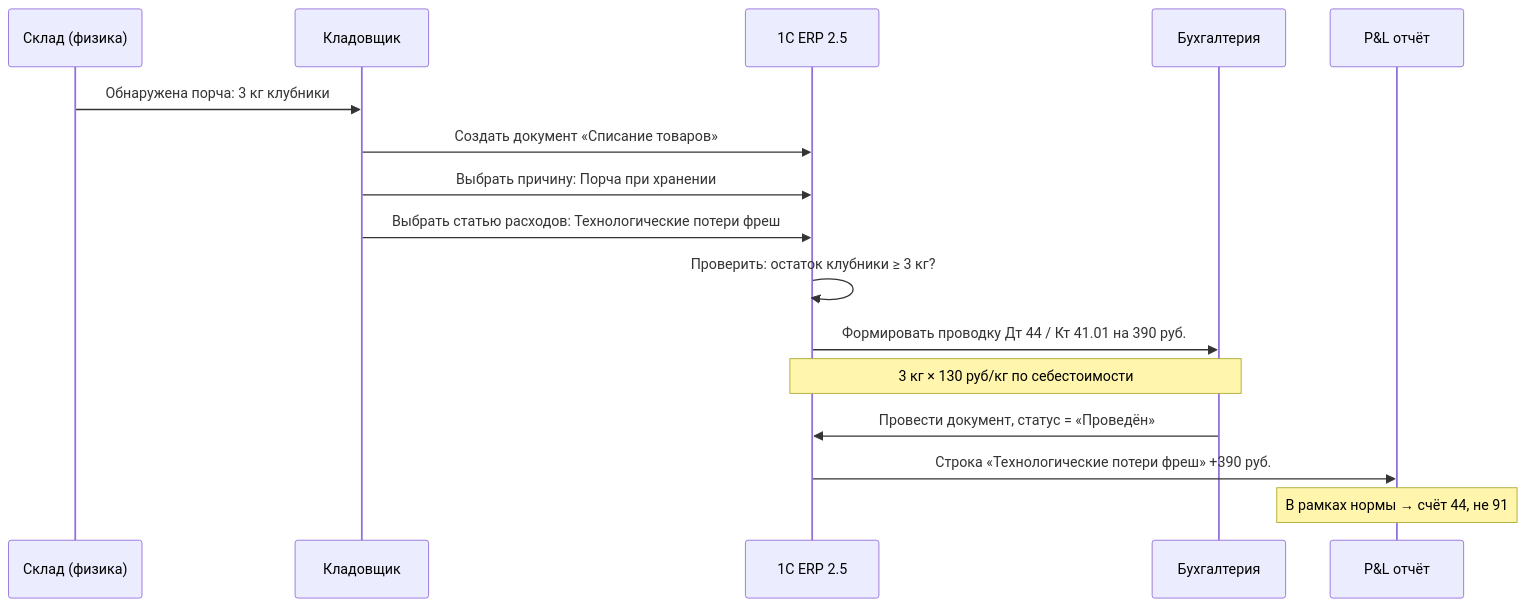
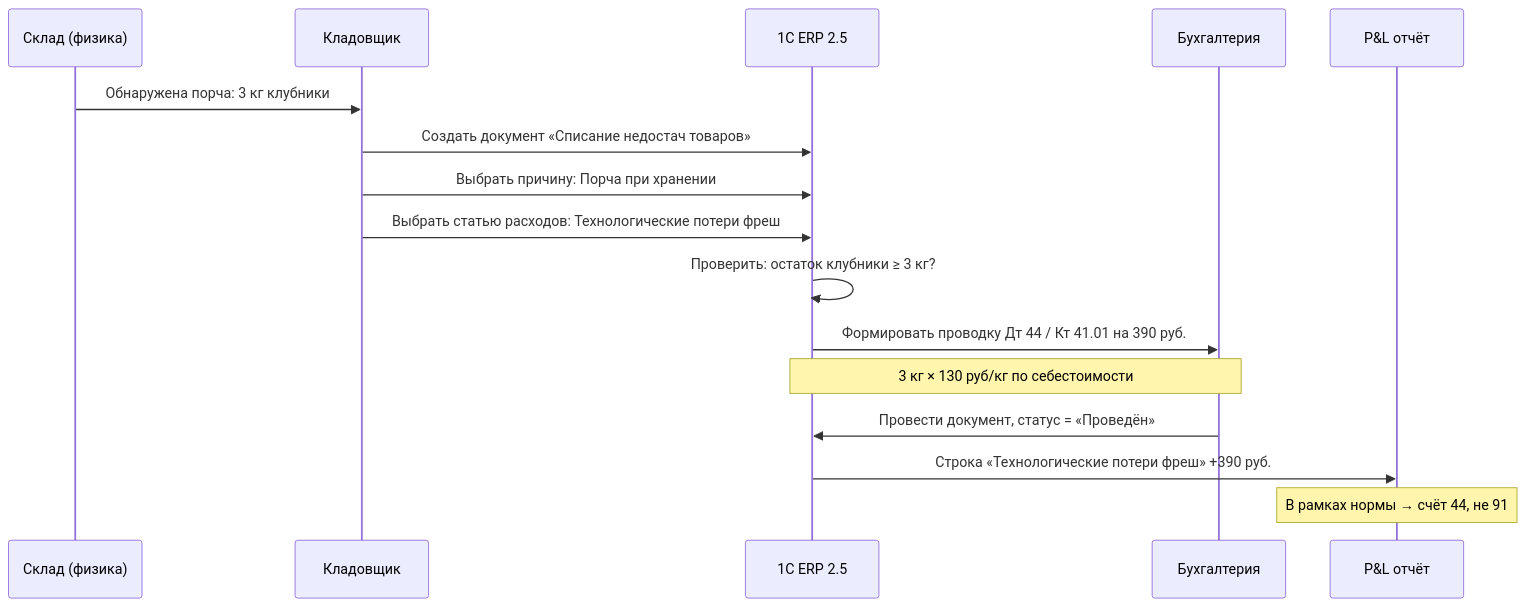
Before and after one commit to murad1986/edu-site: the seventh of 9 diagrams in content/1c_erp_qcom/week_5/Неделя 5 - День 4 - Оприходование и списание.md, drawn with Mermaid. The commit also changed other lines of this file and 43 other files, not shown here.

````diff
--- a/content/1c_erp_qcom/week_5/Неделя 5 - День 4 - Оприходование и списание.md
+++ b/content/1c_erp_qcom/week_5/Неделя 5 - День 4 - Оприходование и списание.md
@@ -328,19 +328,19 @@
 ```mermaid
 sequenceDiagram
     participant WH as Склад (физика)
     participant OPER as Кладовщик
     participant ERP as 1C ERP 2.5
     participant ACC as Бухгалтерия
     participant PL as P&L отчёт
 
     WH->>OPER: Обнаружена порча: 3 кг клубники
-    OPER->>ERP: Создать документ «Списание товаров»
+    OPER->>ERP: Создать документ «Списание недостач товаров»
     OPER->>ERP: Выбрать причину: Порча при хранении
     OPER->>ERP: Выбрать статью расходов: Технологические потери фреш
     ERP->>ERP: Проверить: остаток клубники ≥ 3 кг?
     ERP->>ACC: Формировать проводку Дт 44 / Кт 41.01 на 390 руб.
     Note over ERP,ACC: 3 кг × 130 руб/кг по себестоимости
     ACC->>ERP: Провести документ, статус = «Проведён»
     ERP->>PL: Строка «Технологические потери фреш» +390 руб.
     Note over PL: В рамках нормы → счёт 44, не 91
 ```
````
